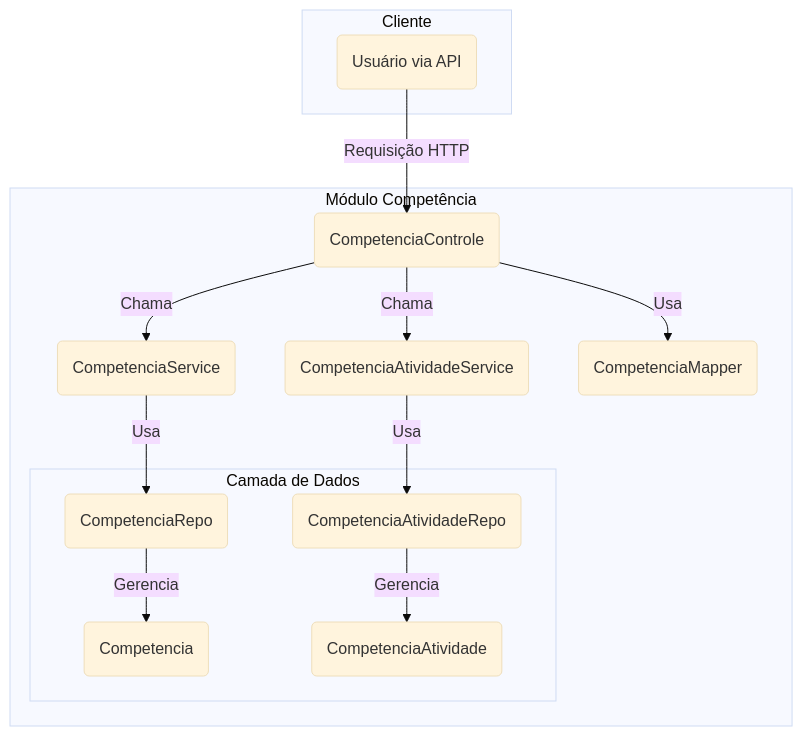
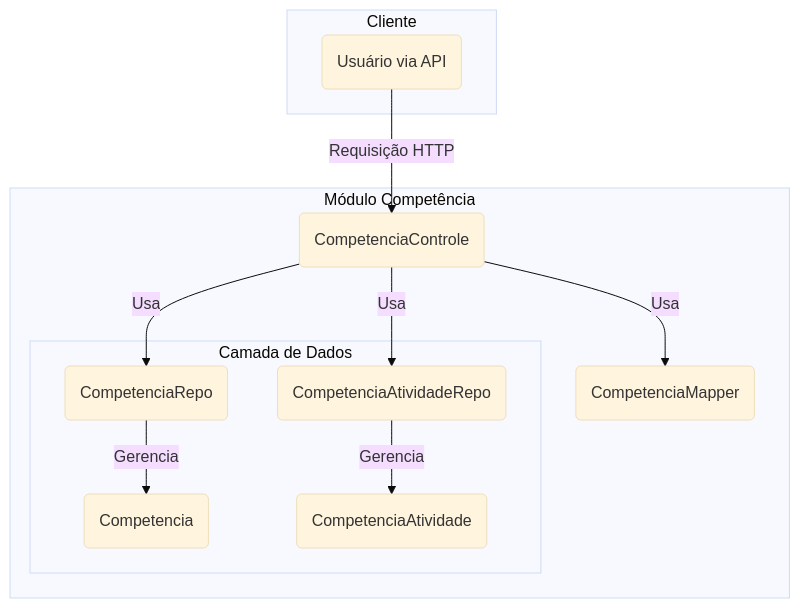
Before and after one commit to lgalvao/sgc: the diagram in backend/src/main/java/sgc/competencia/README.md, drawn with Mermaid (base theme). The commit also changed other lines of this file and 15 other files, not shown here.

First line of the commit message:
docs: Update all backend READMEs and add Mermaid diagrams

````diff
--- a/backend/src/main/java/sgc/competencia/README.md
+++ b/backend/src/main/java/sgc/competencia/README.md
@@ -21,32 +19,27 @@
 ```mermaid
 graph TD
     subgraph "Cliente"
         UsuarioAPI(Usuário via API)
     end
 
     subgraph "Módulo Competência"
         CompetenciaControle(CompetenciaControle)
-        CompetenciaService(CompetenciaService)
-        CompetenciaAtividadeService(CompetenciaAtividadeService)
         CompetenciaMapper(CompetenciaMapper)
 
         subgraph "Camada de Dados"
             CompetenciaRepo(CompetenciaRepo)
             CompetenciaAtividadeRepo(CompetenciaAtividadeRepo)
             Competencia(Competencia)
             CompetenciaAtividade(CompetenciaAtividade)
         end
     end
 
     UsuarioAPI -- Requisição HTTP --> CompetenciaControle
 
-    CompetenciaControle -- Chama --> CompetenciaService
-    CompetenciaControle -- Chama --> CompetenciaAtividadeService
+    CompetenciaControle -- Usa --> CompetenciaRepo
+    CompetenciaControle -- Usa --> CompetenciaAtividadeRepo
     CompetenciaControle -- Usa --> CompetenciaMapper
-
-    CompetenciaService -- Usa --> CompetenciaRepo
-    CompetenciaAtividadeService -- Usa --> CompetenciaAtividadeRepo
 
     CompetenciaRepo -- Gerencia --> Competencia
     CompetenciaAtividadeRepo -- Gerencia --> CompetenciaAtividade
 ```
````
